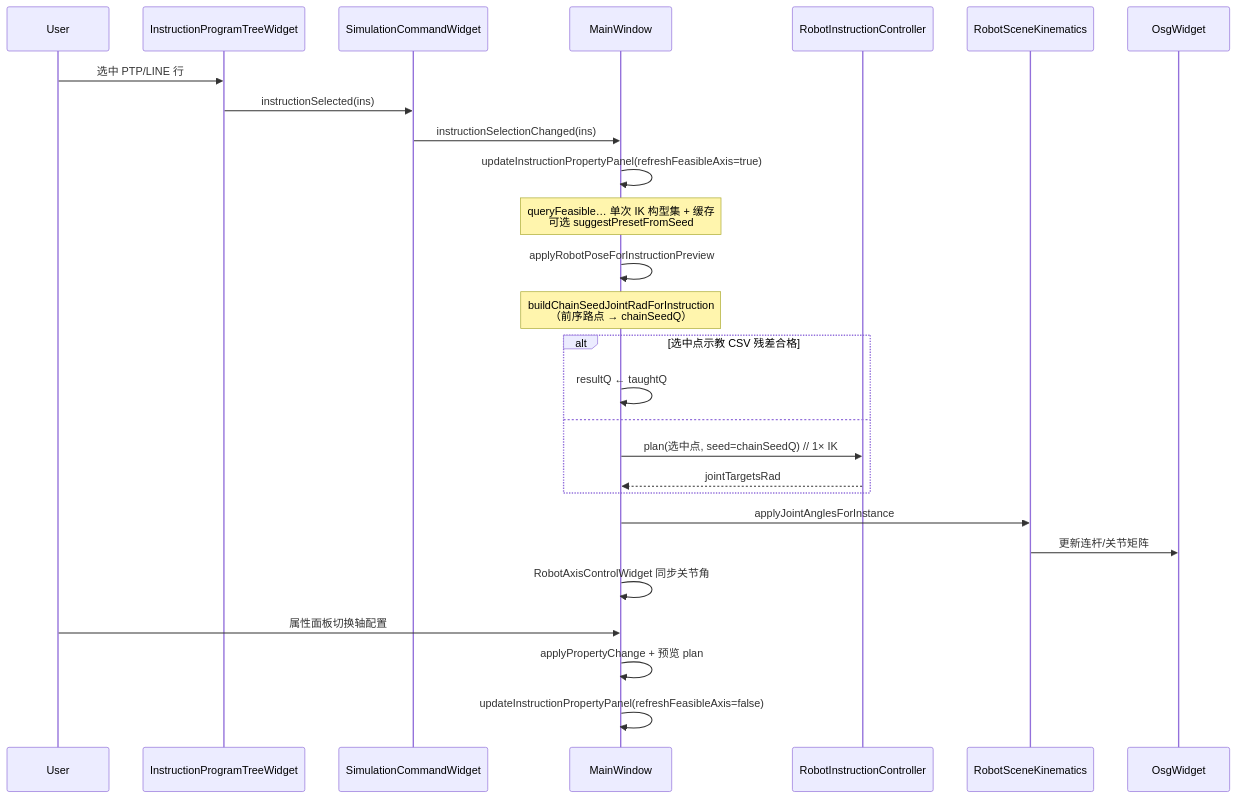
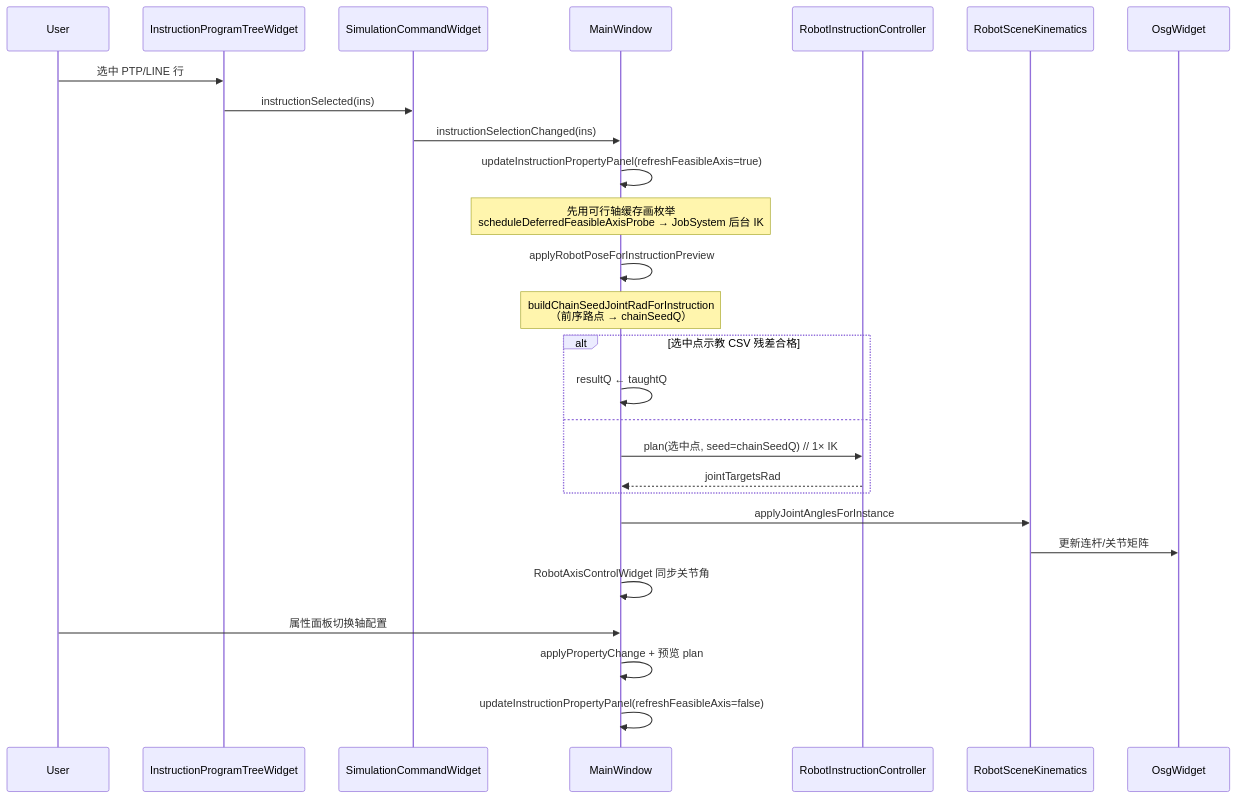
One commit to sanmunejdn/CloudSim changed the ninth of 12 diagrams in ARCHITECTURE_SUMMARY.md. Above: the diagram before and after it, drawn with Mermaid. The commit also changed other lines of this file and 139 other files, not shown here.

````diff
--- a/ARCHITECTURE_SUMMARY.md
+++ b/ARCHITECTURE_SUMMARY.md
@@ -779,31 +791,31 @@
 ```mermaid
 sequenceDiagram
     participant User as User
     participant Tree as InstructionProgramTreeWidget
     participant Sim as SimulationCommandWidget
     participant MW as MainWindow
     participant Ctrl as RobotInstructionController
     participant Kin as RobotSceneKinematics
     participant Osg as OsgWidget
 
     User->>Tree: 选中 PTP/LINE 行
     Tree->>Sim: instructionSelected(ins)
     Sim->>MW: instructionSelectionChanged(ins)
     MW->>MW: updateInstructionPropertyPanel(refreshFeasibleAxis=true)
-    Note over MW: queryFeasible… 单次 IK 构型集 + 缓存<br/>可选 suggestPresetFromSeed
+    Note over MW: 先用可行轴缓存画枚举<br/>scheduleDeferredFeasibleAxisProbe → JobSystem 后台 IK
     MW->>MW: applyRobotPoseForInstructionPreview
     Note over MW: buildChainSeedJointRadForInstruction<br/>（前序路点 → chainSeedQ）
     alt 选中点示教 CSV 残差合格
         MW->>MW: resultQ ← taughtQ
     else
         MW->>Ctrl: plan(选中点, seed=chainSeedQ)  // 1× IK
         Ctrl-->>MW: jointTargetsRad
     end
     MW->>Kin: applyJointAnglesForInstance
     Kin->>Osg: 更新连杆/关节矩阵
     MW->>MW: RobotAxisControlWidget 同步关节角
 
     User->>MW: 属性面板切换轴配置
     MW->>MW: applyPropertyChange + 预览 plan
     MW->>MW: updateInstructionPropertyPanel(refreshFeasibleAxis=false)
 ```
````
